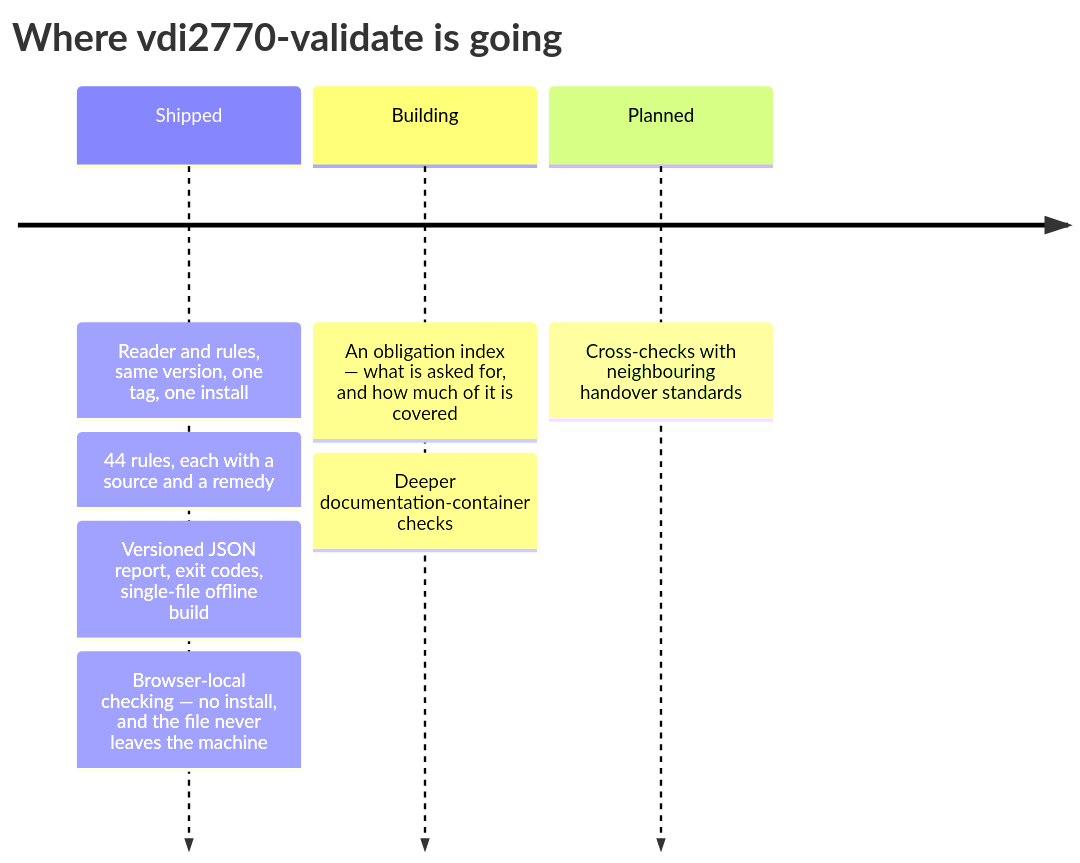
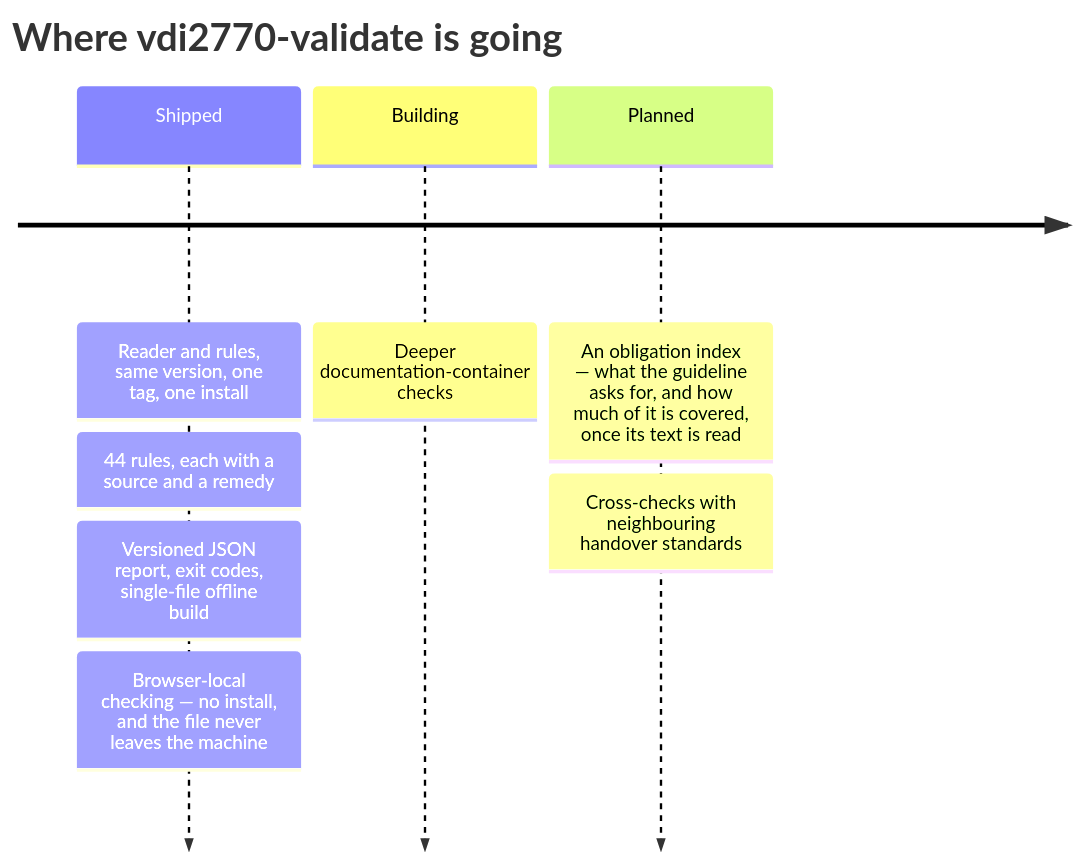
One commit to dev365code/vdi2770-validate changed the second of 2 diagrams in README.md. Above: the diagram before and after it, drawn with Mermaid. The commit also changed other lines of this file and 9 other files, not shown here.

````diff
--- a/README.md
+++ b/README.md
@@ -313,11 +313,11 @@
 ```mermaid
 timeline
     title Where vdi2770-validate is going
     Shipped : Reader and rules, same version, one tag, one install
             : 44 rules, each with a source and a remedy
             : Versioned JSON report, exit codes, single-file offline build
             : Browser-local checking — no install, and the file never leaves the machine
-    Building : An obligation index — what is asked for, and how much of it is covered
-             : Deeper documentation-container checks
-    Planned : Cross-checks with neighbouring handover standards
+    Building : Deeper documentation-container checks
+    Planned : An obligation index — what the guideline asks for, and how much of it is covered, once its text is read
+            : Cross-checks with neighbouring handover standards
 ```
````
